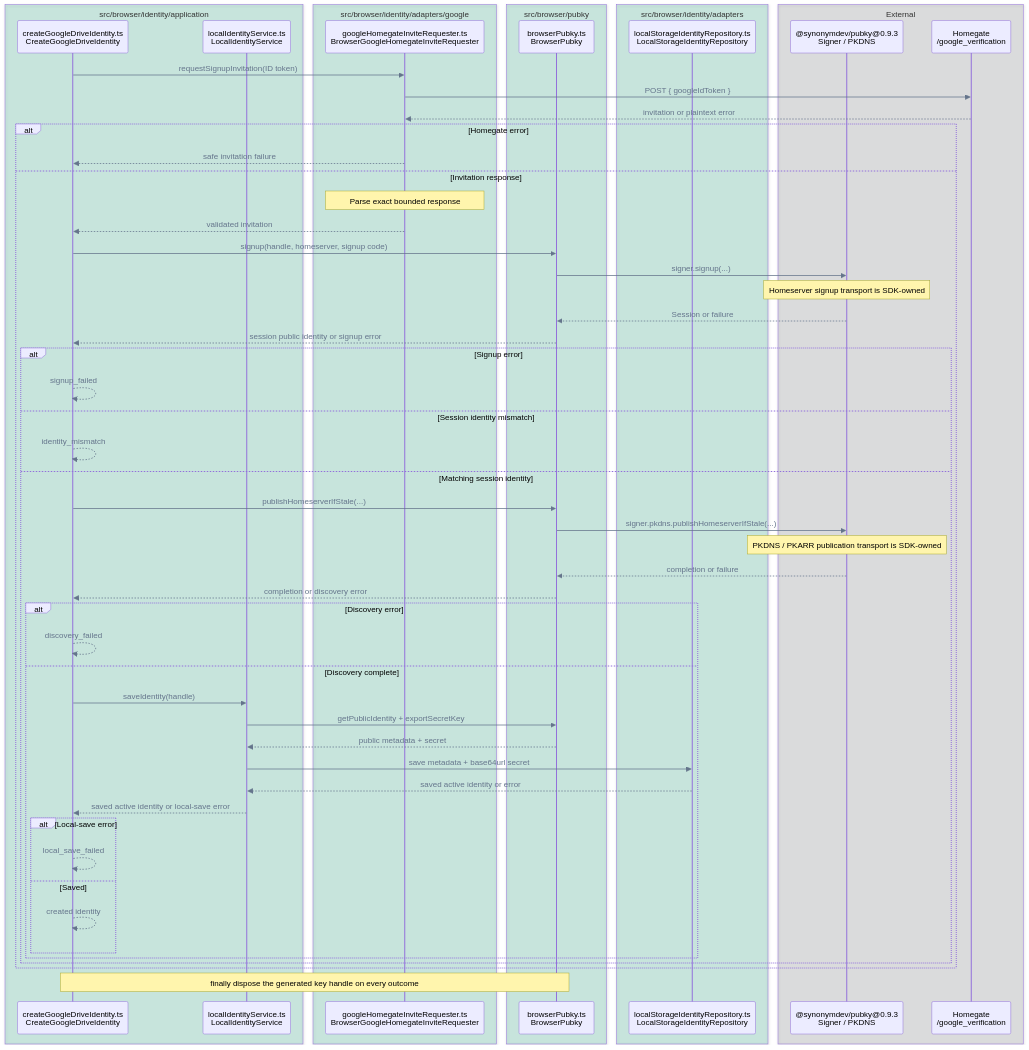
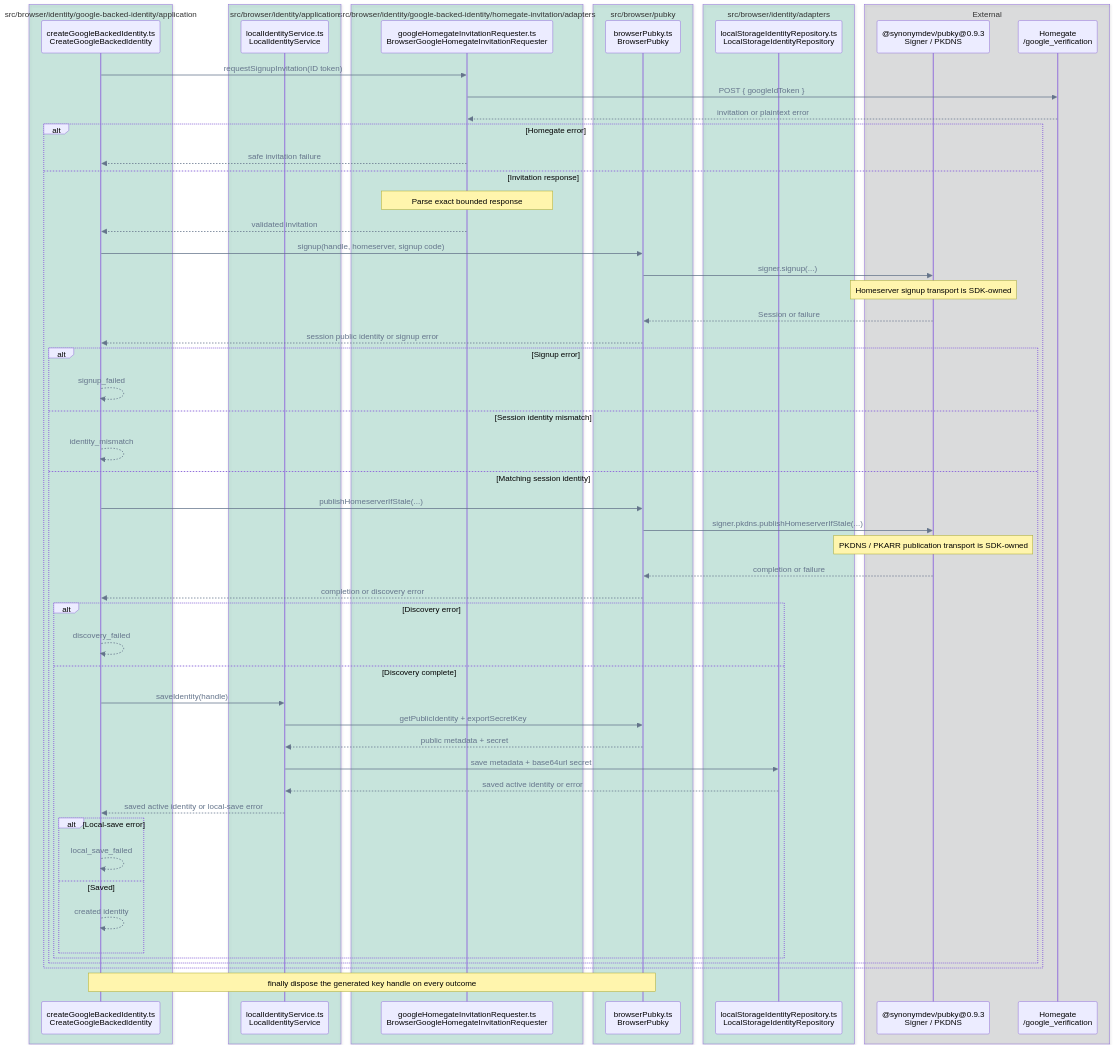
Diagram 11 of 14 in FLOWS.md (pubky/pubky-passport), drawn with Mermaid before and after one commit. The commit also changed other lines of this file and 24 other files, not shown here.

Commit message:
refactor: colocate google-backed identity lifecycle

````diff
--- a/FLOWS.md
+++ b/FLOWS.md
@@ -547,65 +551,67 @@
 ```mermaid
 %%{init: {"themeVariables": {"signalColor": "#64748B", "signalTextColor": "#64748B"}}}%%
 sequenceDiagram
     accTitle: Missing identity activation and local save call flow
-    accDescr: CreateGoogleDriveIdentity requests and parses a Homegate invitation, then signs up, verifies, publishes discovery, and saves in order; each failure stops later stages and the generated key handle is always disposed.
+    accDescr: CreateGoogleBackedIdentity requests and parses a Homegate invitation, then signs up, verifies, publishes discovery, and saves in order; each failure stops later stages and the generated key handle is always disposed.
+    box rgba(0, 158, 115, 0.18) src/browser/identity/google-backed-identity/application
+        participant Creator as createGoogleBackedIdentity.ts<br/>CreateGoogleBackedIdentity
+    end
     box rgba(0, 158, 115, 0.18) src/browser/identity/application
-        participant Creator as createGoogleDriveIdentity.ts<br/>CreateGoogleDriveIdentity
         participant Local as localIdentityService.ts<br/>LocalIdentityService
     end
-    box rgba(0, 158, 115, 0.18) src/browser/identity/adapters/google
-        participant Invite as googleHomegateInviteRequester.ts<br/>BrowserGoogleHomegateInviteRequester
+    box rgba(0, 158, 115, 0.18) src/browser/identity/google-backed-identity/homegate-invitation/adapters
+        participant Invite as googleHomegateInvitationRequester.ts<br/>BrowserGoogleHomegateInvitationRequester
     end
     box rgba(0, 158, 115, 0.18) src/browser/pubky
         participant Pubky as browserPubky.ts<br/>BrowserPubky
     end
     box rgba(0, 158, 115, 0.18) src/browser/identity/adapters
         participant Repo as localStorageIdentityRepository.ts<br/>LocalStorageIdentityRepository
     end
     box rgba(17, 24, 39, 0.12) External
         participant SDK as @synonymdev/pubky@0.9.3<br/>Signer / PKDNS
         participant Homegate as Homegate<br/>/google_verification
     end
 
     Creator->>Invite: requestSignupInvitation(ID token)
     Invite->>Homegate: POST { googleIdToken }
     Homegate-->>Invite: invitation or plaintext error
     alt Homegate error
         Invite-->>Creator: safe invitation failure
     else Invitation response
         Note over Invite: Parse exact bounded response
         Invite-->>Creator: validated invitation
         Creator->>Pubky: signup(handle, homeserver, signup code)
         Pubky->>SDK: signer.signup(...)
         Note over SDK: Homeserver signup transport is SDK-owned
         SDK-->>Pubky: Session or failure
         Pubky-->>Creator: session public identity or signup error
         alt Signup error
             Creator-->>Creator: signup_failed
         else Session identity mismatch
             Creator-->>Creator: identity_mismatch
         else Matching session identity
             Creator->>Pubky: publishHomeserverIfStale(...)
             Pubky->>SDK: signer.pkdns.publishHomeserverIfStale(...)
             Note over SDK: PKDNS / PKARR publication transport is SDK-owned
             SDK-->>Pubky: completion or failure
             Pubky-->>Creator: completion or discovery error
             alt Discovery error
                 Creator-->>Creator: discovery_failed
             else Discovery complete
                 Creator->>Local: saveIdentity(handle)
                 Local->>Pubky: getPublicIdentity + exportSecretKey
                 Pubky-->>Local: public metadata + secret
                 Local->>Repo: save metadata + base64url secret
                 Repo-->>Local: saved active identity or error
                 Local-->>Creator: saved active identity or local-save error
                 alt Local-save error
                     Creator-->>Creator: local_save_failed
                 else Saved
                     Creator-->>Creator: created identity
                 end
             end
         end
     end
     Note over Creator,Pubky: finally dispose the generated key handle on every outcome
 ```
````
